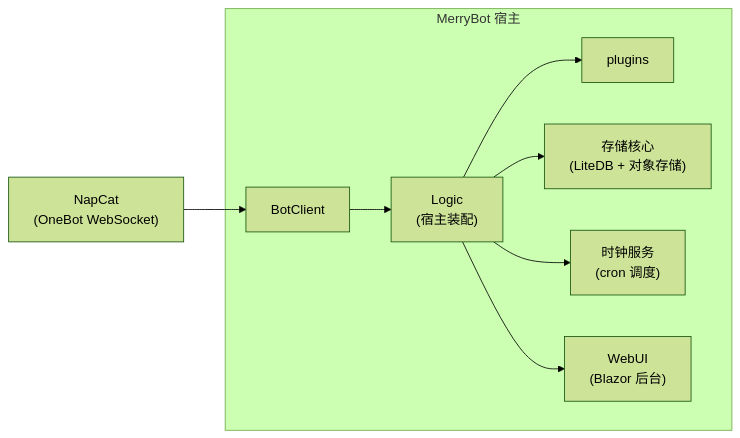
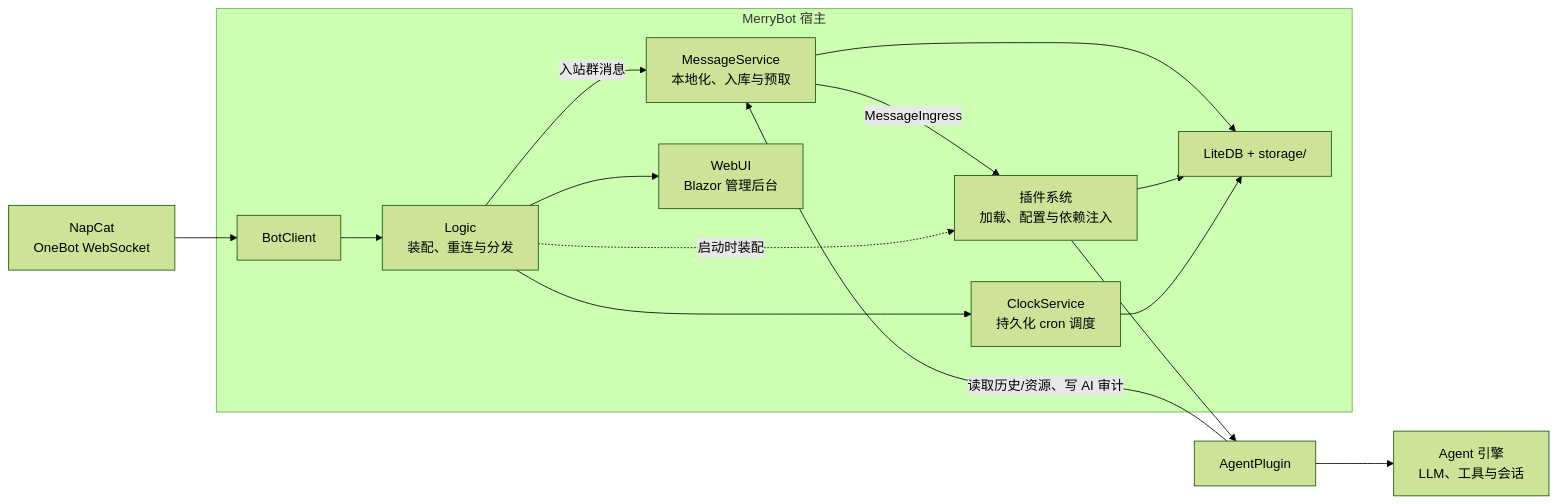
Before and after one commit to 57UU/MerryBot: the diagram in docs/architecture/index.md, drawn with Mermaid (forest theme).

Commit message:
docs(architecture): update architecture diagram and module details
Revamp the architecture flowchart to better reflect actual component interactions, add new MessageService and AgentPlugin details, clarify service responsibilities, and fix formatting of labels.

````diff
--- a/docs/architecture/index.md
+++ b/docs/architecture/index.md
@@ -11,12 +11,20 @@
 ```mermaid
 flowchart LR
-    N["NapCat<br/>(OneBot WebSocket)"]
-    subgraph Host["MerryBot 宿主"]
-        B["BotClient"] --> L["Logic<br/>(宿主装配)"]
-        L --> P["plugins"]
-        L --> C["存储核心<br/>(LiteDB + 对象存储)"]
-        L --> K["时钟服务<br/>(cron 调度)"]
-        L --> W["WebUI<br/>(Blazor 后台)"]
+    N["NapCat<br/>OneBot WebSocket"] --> B["BotClient"]
+
+    subgraph H["MerryBot 宿主"]
+        B --> L["Logic<br/>装配、重连与分发"]
+        L -->|"入站群消息"| M["MessageService<br/>本地化、入库与预取"]
+        M -->|"MessageIngress"| P["插件系统<br/>加载、配置与依赖注入"]
+        L -.->|"启动时装配"| P
+        L --> C["ClockService<br/>持久化 cron 调度"]
+        L --> W["WebUI<br/>Blazor 管理后台"]
+        M --> S["LiteDB + storage/"]
+        P --> S
+        C --> S
     end
-    N --> B
+
+    P --> A["AgentPlugin"]
+    A -->|"读取历史/资源、写 AI 审计"| M
+    A --> G["Agent 引擎<br/>LLM、工具与会话"]
 ```
````
